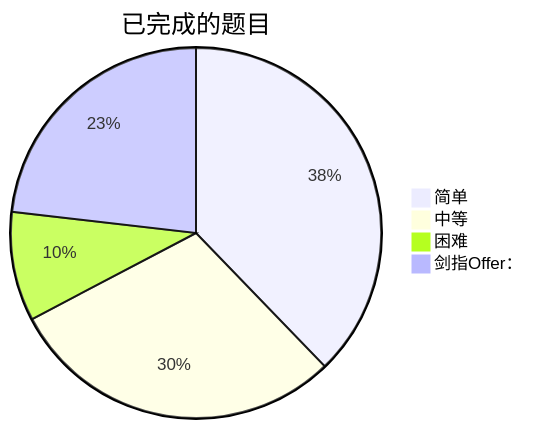
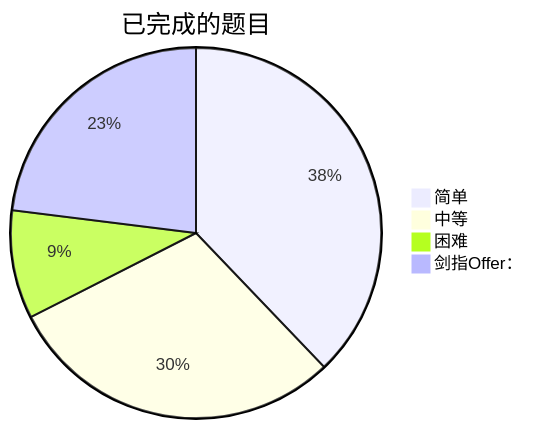
The diagram in README.md (kaisa911/LeetCode), drawn with Mermaid before and after one commit. The commit also changed other lines of this file and 5 other files, not shown here.

````diff
--- a/README.md
+++ b/README.md
@@ -9,8 +9,8 @@
 ```mermaid
 pie title 已完成的题目
-    "简单" : 119
-    "中等" : 93
+    "简单" : 120
+    "中等" : 94
     "困难" : 30
     "剑指Offer：" : 73
 
 ```
````
